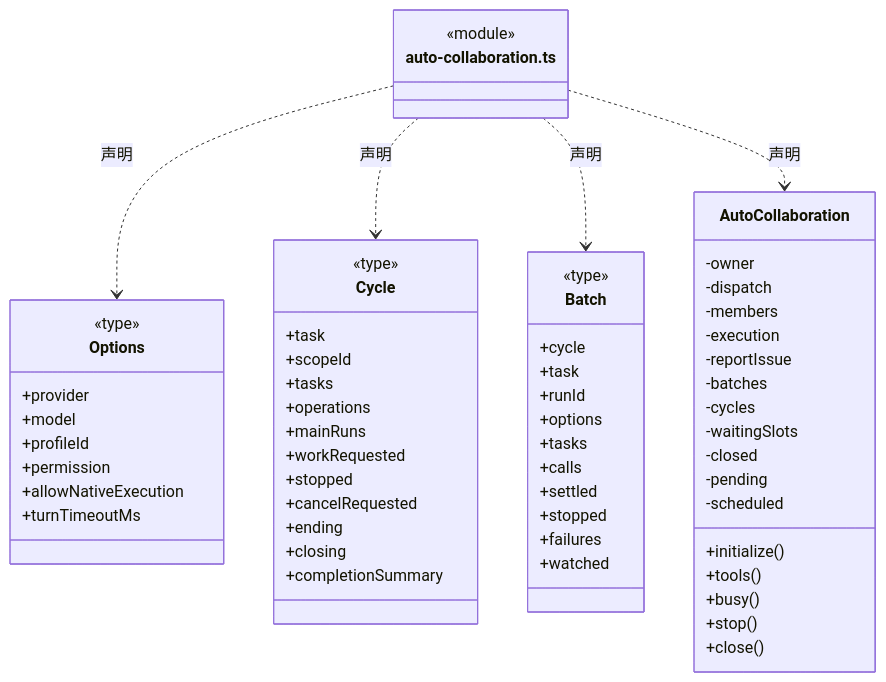
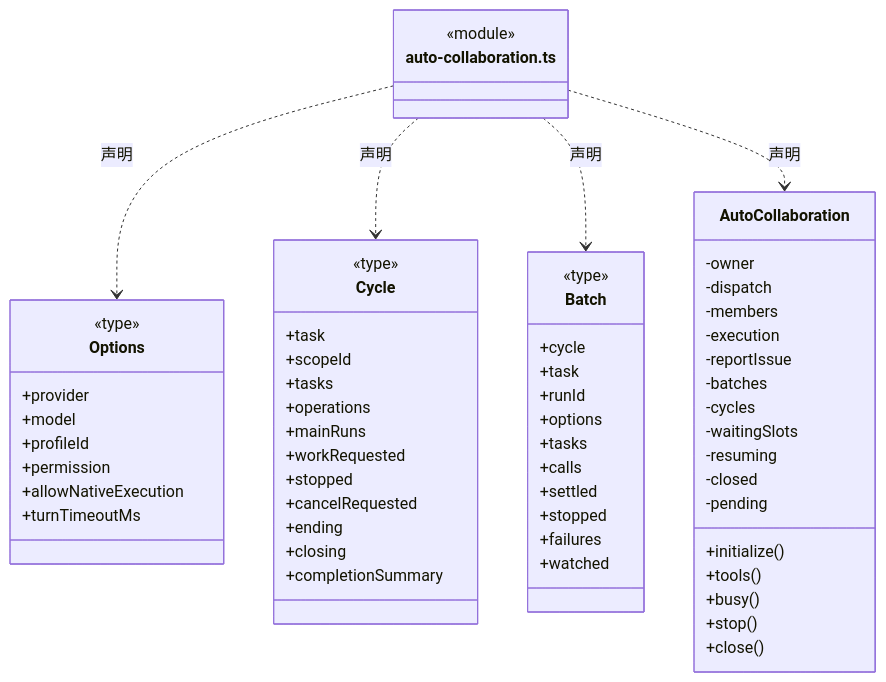
The second of 29 diagrams in src/backend/scheduler-engine/execution/ARCHITECTURE.md (nan023062/cbim), drawn with Mermaid before and after one commit. The commit also changed other lines of this file and 60 other files, not shown here.

````diff
--- a/src/backend/scheduler-engine/execution/ARCHITECTURE.md
+++ b/src/backend/scheduler-engine/execution/ARCHITECTURE.md
@@ -43,64 +44,64 @@
 ```mermaid
 classDiagram
 class N_src_backend_scheduler_engine_execution_auto_collaboration_ts["auto-collaboration.ts"] {
   <<module>>
 }
 class N_src_backend_scheduler_engine_execution_auto_collaboration_ts_Options["Options"] {
   <<type>>
   +provider
   +model
   +profileId
   +permission
   +allowNativeExecution
   +turnTimeoutMs
 }
 N_src_backend_scheduler_engine_execution_auto_collaboration_ts ..> N_src_backend_scheduler_engine_execution_auto_collaboration_ts_Options : 声明
 class N_src_backend_scheduler_engine_execution_auto_collaboration_ts_Cycle["Cycle"] {
   <<type>>
   +task
   +scopeId
   +tasks
   +operations
   +mainRuns
   +workRequested
   +stopped
   +cancelRequested
   +ending
   +closing
   +completionSummary
 }
 N_src_backend_scheduler_engine_execution_auto_collaboration_ts ..> N_src_backend_scheduler_engine_execution_auto_collaboration_ts_Cycle : 声明
 class N_src_backend_scheduler_engine_execution_auto_collaboration_ts_Batch["Batch"] {
   <<type>>
   +cycle
   +task
   +runId
   +options
   +tasks
   +calls
   +settled
   +stopped
   +failures
   +watched
 }
 N_src_backend_scheduler_engine_execution_auto_collaboration_ts ..> N_src_backend_scheduler_engine_execution_auto_collaboration_ts_Batch : 声明
 class N_src_backend_scheduler_engine_execution_auto_collaboration_ts_AutoCollaboration["AutoCollaboration"] {
   +initialize()
   +tools()
   +busy()
   +stop()
   +close()
   -owner
   -dispatch
   -members
   -execution
   -reportIssue
   -batches
   -cycles
   -waitingSlots
+  -resuming
   -closed
   -pending
-  -scheduled
 }
 N_src_backend_scheduler_engine_execution_auto_collaboration_ts ..> N_src_backend_scheduler_engine_execution_auto_collaboration_ts_AutoCollaboration : 声明
 ```
````
